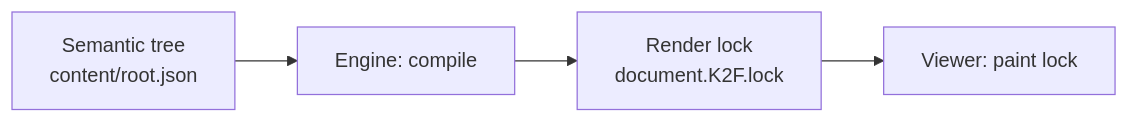
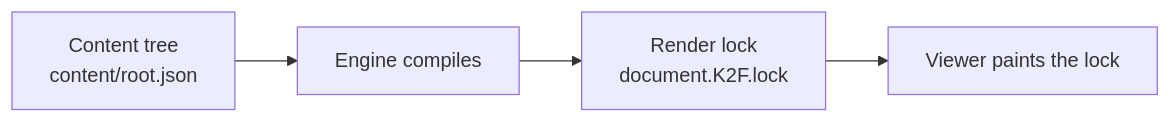
The diagram in README.md (suzheng/k2f), drawn with Mermaid before and after one commit. The commit also changed other lines of this file and 58 other files, not shown here.

````diff
--- a/README.md
+++ b/README.md
@@ -106,8 +90,8 @@
 ```mermaid
 flowchart LR
-  A["Semantic tree\ncontent/root.json"]
-  E["Engine: compile"]
+  A["Content tree\ncontent/root.json"]
+  E["Engine compiles"]
   C["Render lock\ndocument.K2F.lock"]
-  V["Viewer: paint lock"]
+  V["Viewer paints the lock"]
   A --> E --> C --> V
 ```
````
